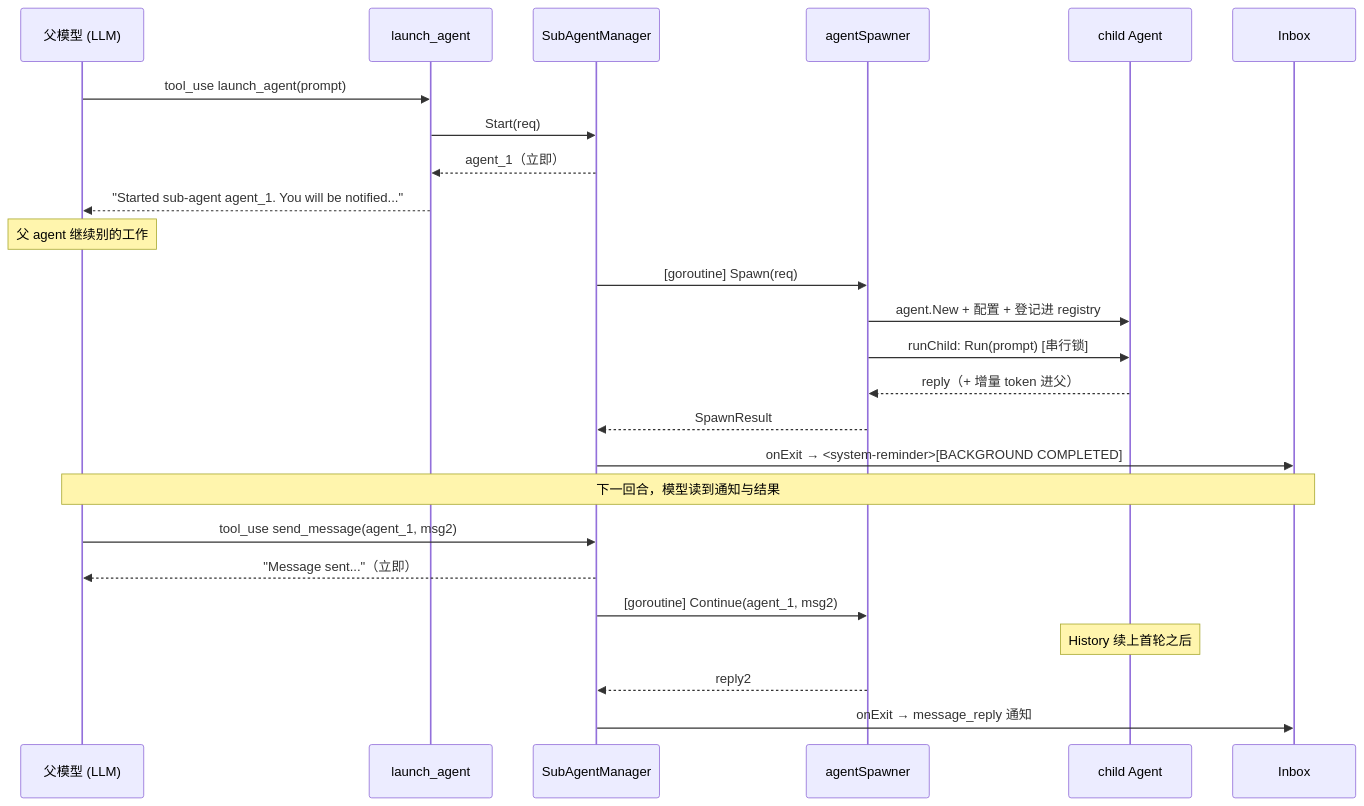
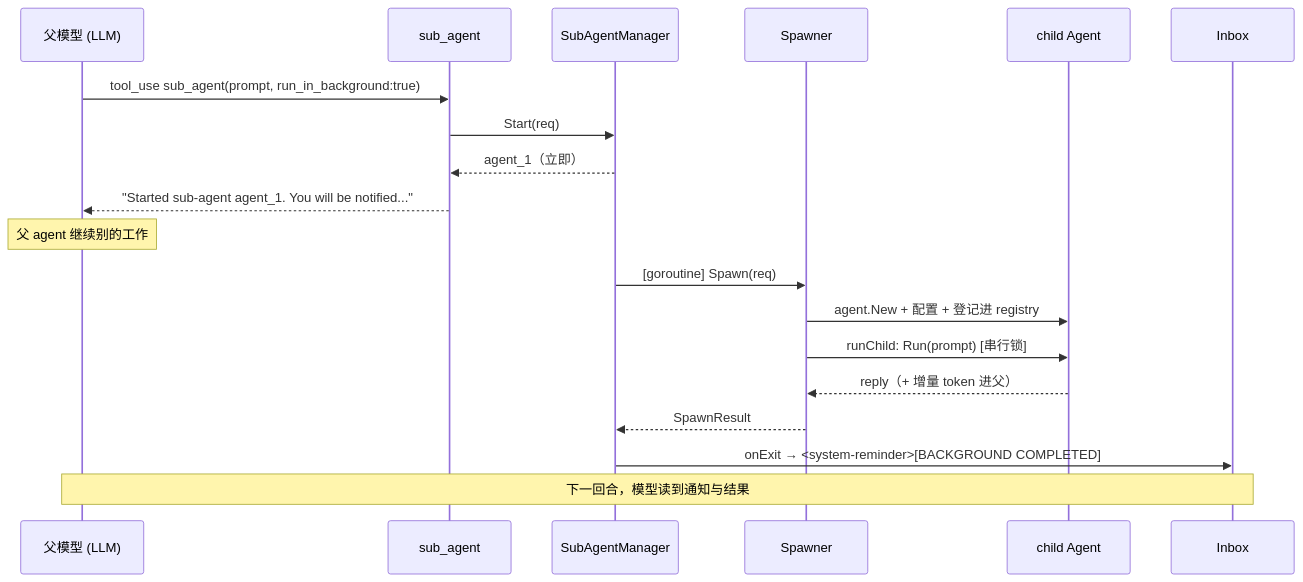
Before and after one commit to qwer233qq/octo-agent: the diagram in dev-docs/sub-agent-design.md, drawn with Mermaid. The commit also changed other lines of this file and 1 other file, not shown here.

First line of the commit message:
docs: consolidate sub-agent docs into one current-state design (#518)

````diff
--- a/dev-docs/sub-agent-design.md
+++ b/dev-docs/sub-agent-design.md
@@ -130,30 +155,23 @@
 ```mermaid
 sequenceDiagram
     participant M as 父模型 (LLM)
-    participant T as launch_agent
+    participant T as sub_agent
     participant MGR as SubAgentManager
-    participant SP as agentSpawner
+    participant SP as Spawner
     participant C as child Agent
     participant IB as Inbox
 
-    M->>T: tool_use launch_agent(prompt)
+    M->>T: tool_use sub_agent(prompt, run_in_background:true)
     T->>MGR: Start(req)
     MGR-->>T: agent_1（立即）
     T-->>M: "Started sub-agent agent_1. You will be notified..."
     Note over M: 父 agent 继续别的工作
 
     MGR->>SP: [goroutine] Spawn(req)
     SP->>C: agent.New + 配置 + 登记进 registry
     SP->>C: runChild: Run(prompt) [串行锁]
     C-->>SP: reply（+ 增量 token 进父）
     SP-->>MGR: SpawnResult
     MGR->>IB: onExit → <system-reminder>[BACKGROUND COMPLETED]
     Note over M,IB: 下一回合，模型读到通知与结果
-
-    M->>MGR: tool_use send_message(agent_1, msg2)
-    MGR-->>M: "Message sent..."（立即）
-    MGR->>SP: [goroutine] Continue(agent_1, msg2)
-    Note over C: History 续上首轮之后
-    SP-->>MGR: reply2
-    MGR->>IB: onExit → message_reply 通知
 ```
````
